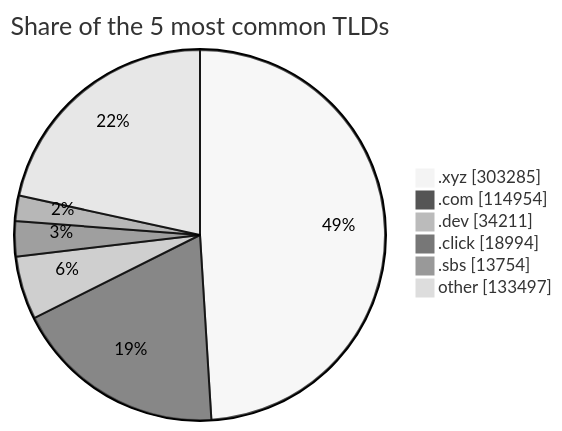
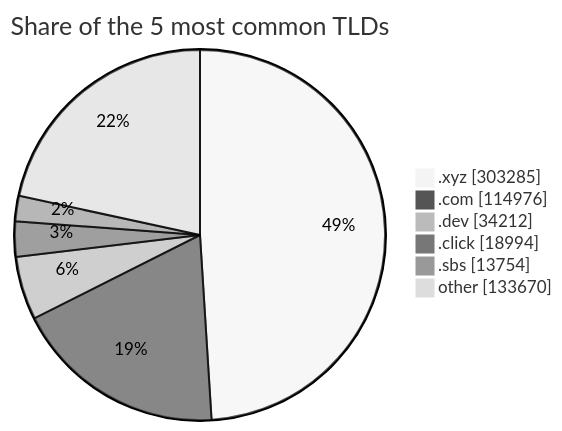
The third of 3 diagrams in README.md (DNSBunker/CTI), drawn with Mermaid (neutral theme) before and after one commit. The commit also changed other lines of this file and 3 other files, not shown here.

````diff
--- a/README.md
+++ b/README.md
@@ -81,9 +81,9 @@
 ```mermaid
 pie showData title Share of the 5 most common TLDs
     ".xyz" : 303285
-    ".com" : 114954
-    ".dev" : 34211
+    ".com" : 114976
+    ".dev" : 34212
     ".click" : 18994
     ".sbs" : 13754
-    "other" : 133497
+    "other" : 133670
 ```
````
